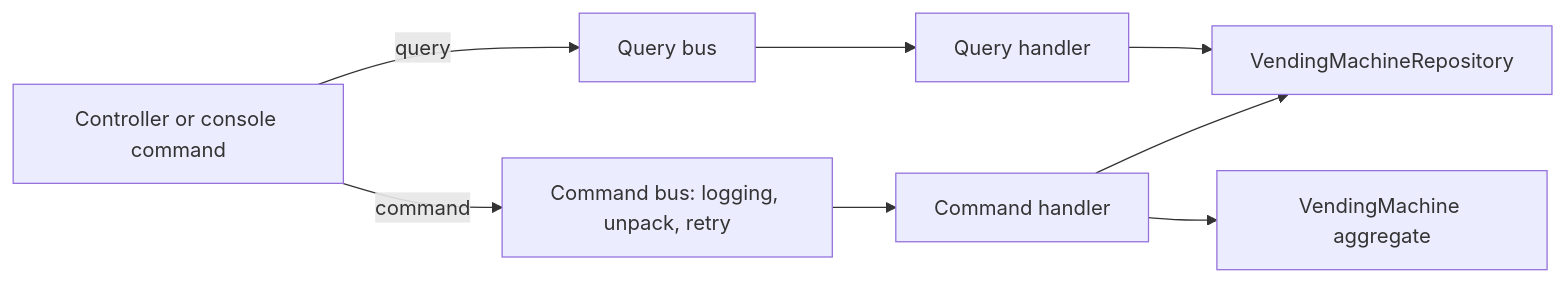
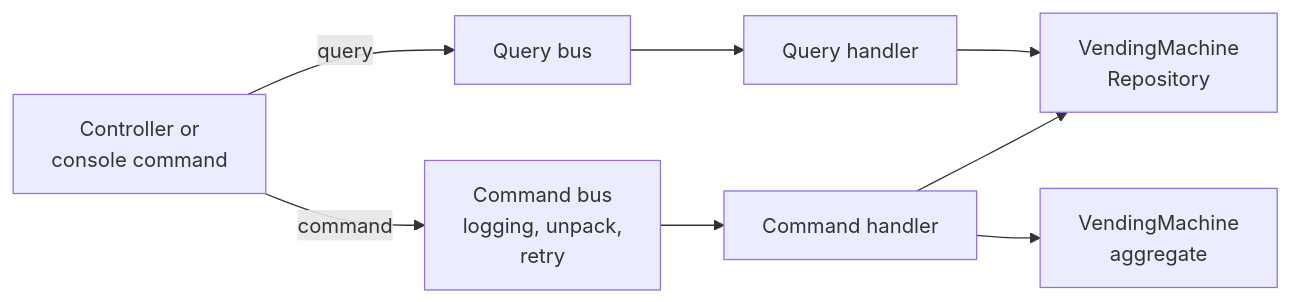
The third of 8 diagrams in docs/design.md (prubiella/vending-machine-challenge), drawn with Mermaid before and after one commit. The commit also changed other lines of this file, not shown here.

Commit message:
docs(design): break long diagram labels so GitHub does not clip them

````diff
--- a/docs/design.md
+++ b/docs/design.md
@@ -132,8 +132,8 @@
 ```mermaid
 flowchart LR
-    C[Controller or console command] -->|command| CB["Command bus: logging, unpack, retry"]
+    C["Controller or<br/>console command"] -->|command| CB["Command bus<br/>logging, unpack,<br/>retry"]
     CB --> H[Command handler]
-    H --> R[VendingMachineRepository]
-    H --> A[VendingMachine aggregate]
+    H --> R["VendingMachine<br/>Repository"]
+    H --> A["VendingMachine<br/>aggregate"]
     C -->|query| QB[Query bus] --> QH[Query handler] --> R
 ```
````
